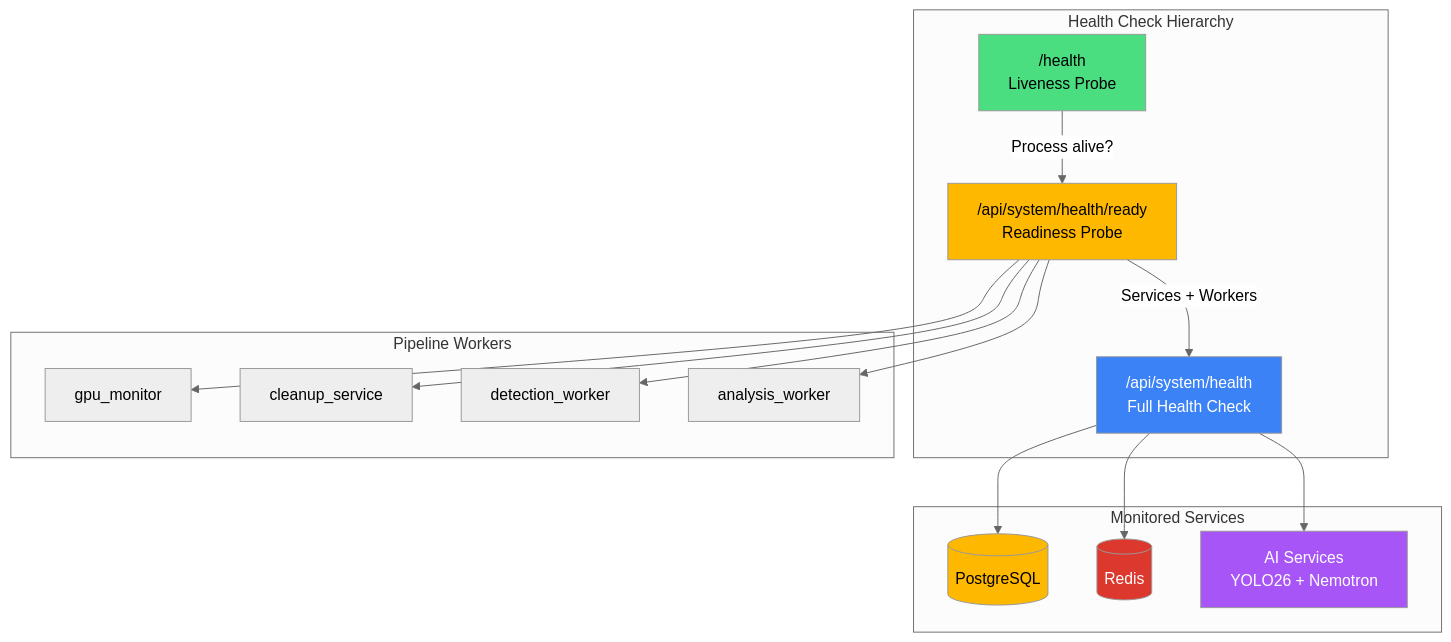
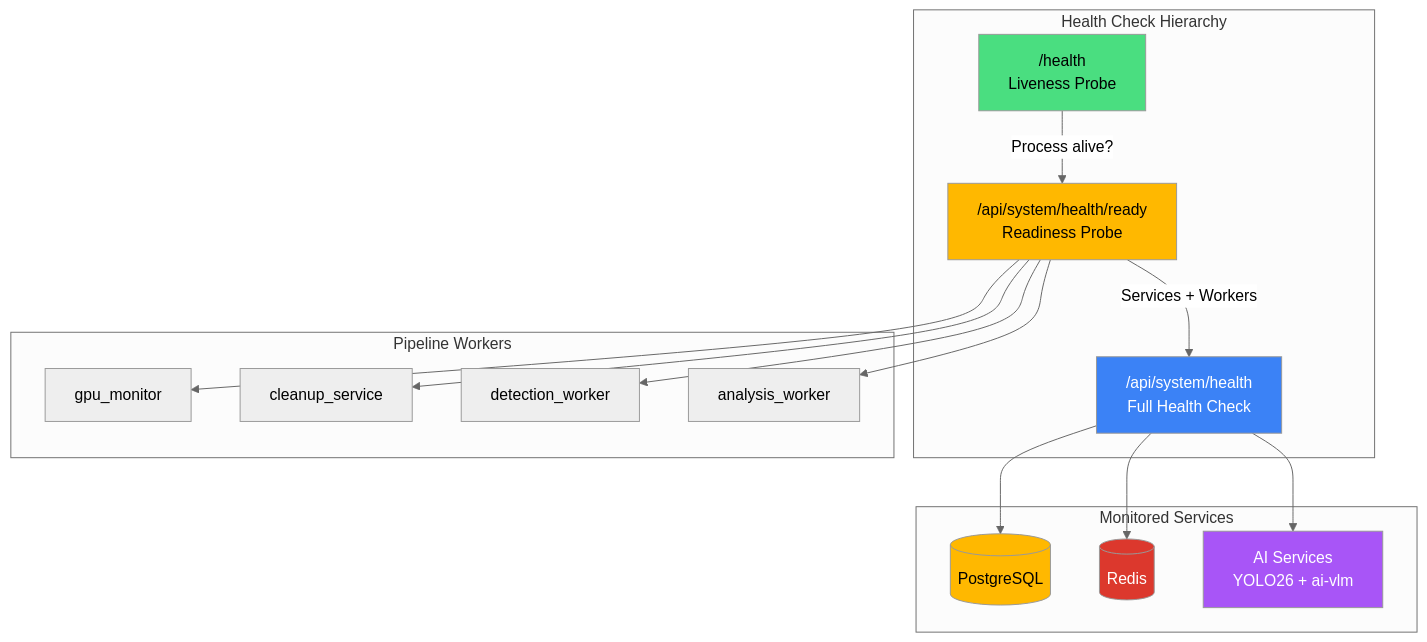
Before and after one commit to mikesvoboda/nemotron-v3-home-security-intelligence: the first of 5 diagrams in docs/developer/api/system-ops.md, drawn with Mermaid (neutral theme). The commit also changed other lines of this file and 231 other files, not shown here.

````diff
--- a/docs/developer/api/system-ops.md
+++ b/docs/developer/api/system-ops.md
@@ -14,38 +14,38 @@
 ```mermaid
 flowchart TB
     subgraph HealthChecks["Health Check Hierarchy"]
         LIVE["/health<br/>Liveness Probe"]
         READY["/api/system/health/ready<br/>Readiness Probe"]
         FULL["/api/system/health<br/>Full Health Check"]
     end
 
     subgraph Services["Monitored Services"]
         DB[(PostgreSQL)]
         REDIS[(Redis)]
-        AI[AI Services<br/>YOLO26 + Nemotron]
+        AI[AI Services<br/>YOLO26 + ai-vlm]
     end
 
     subgraph Workers["Pipeline Workers"]
         GPU[gpu_monitor]
         CLEAN[cleanup_service]
         DET[detection_worker]
         ANAL[analysis_worker]
     end
 
     LIVE -->|"Process alive?"| READY
     READY -->|"Services + Workers"| FULL
     FULL --> DB
     FULL --> REDIS
     FULL --> AI
     READY --> GPU
     READY --> CLEAN
     READY --> DET
     READY --> ANAL
 
     style LIVE fill:#4ADE80,color:#000
     style READY fill:#FFB800,color:#000
     style FULL fill:#3B82F6,color:#fff
     style DB fill:#FFB800,color:#000
     style REDIS fill:#DC382D,color:#fff
     style AI fill:#A855F7,color:#fff
 ```
````
